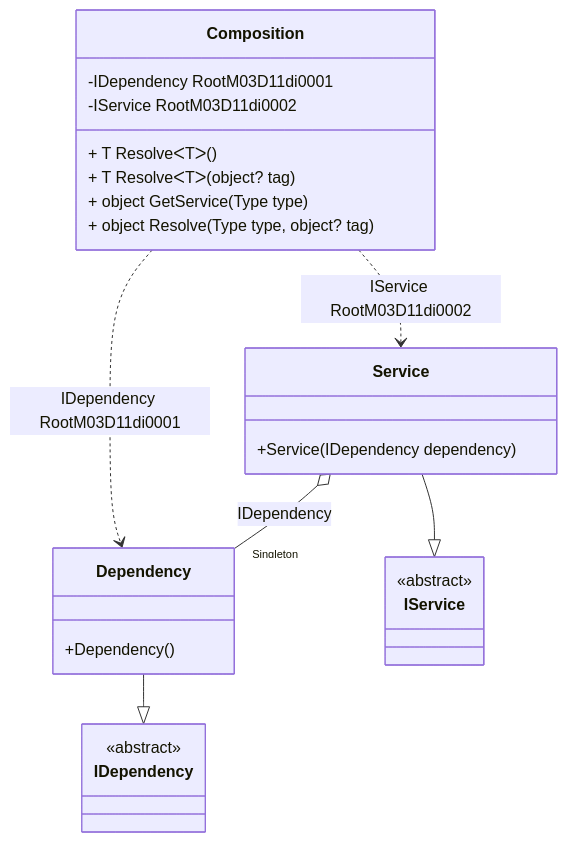
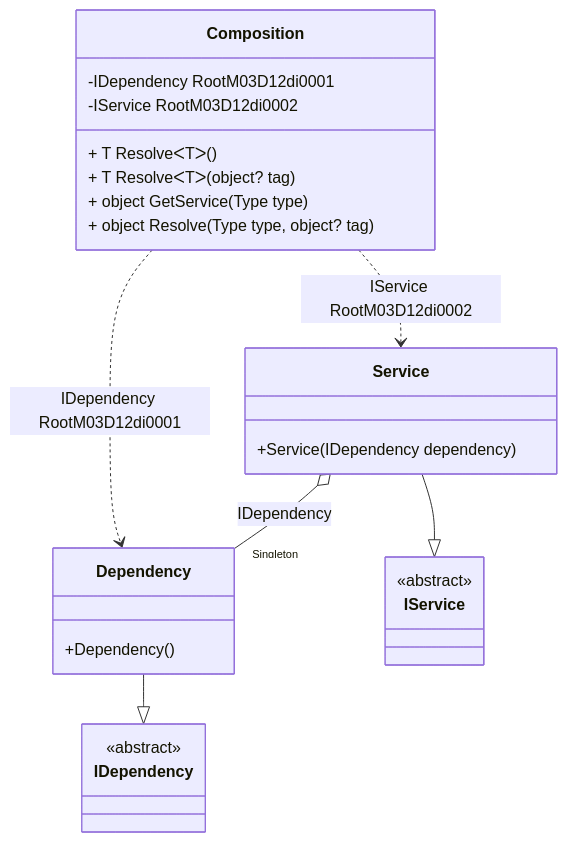
The diagram in readme/service-provider.md (DevTeam/Pure.DI), drawn with Mermaid before and after one commit. The commit also changed other lines of this file and 75 other files, not shown here.

````diff
--- a/readme/service-provider.md
+++ b/readme/service-provider.md
@@ -45,28 +45,28 @@
 ```mermaid
 classDiagram
   class Composition {
-    -IDependency RootM03D11di0001
-    -IService RootM03D11di0002
+    -IDependency RootM03D12di0001
+    -IService RootM03D12di0002
     + T ResolveᐸTᐳ()
     + T ResolveᐸTᐳ(object? tag)
     + object GetService(Type type)
     + object Resolve(Type type, object? tag)
   }
   Dependency --|> IDependency : 
   class Dependency {
     +Dependency()
   }
   Service --|> IService : 
   class Service {
     +Service(IDependency dependency)
   }
   class IDependency {
     <<abstract>>
   }
   class IService {
     <<abstract>>
   }
   Service o--  "Singleton" Dependency : IDependency
-  Composition ..> Dependency : IDependency RootM03D11di0001
-  Composition ..> Service : IService RootM03D11di0002
+  Composition ..> Dependency : IDependency RootM03D12di0001
+  Composition ..> Service : IService RootM03D12di0002
 ```
````
